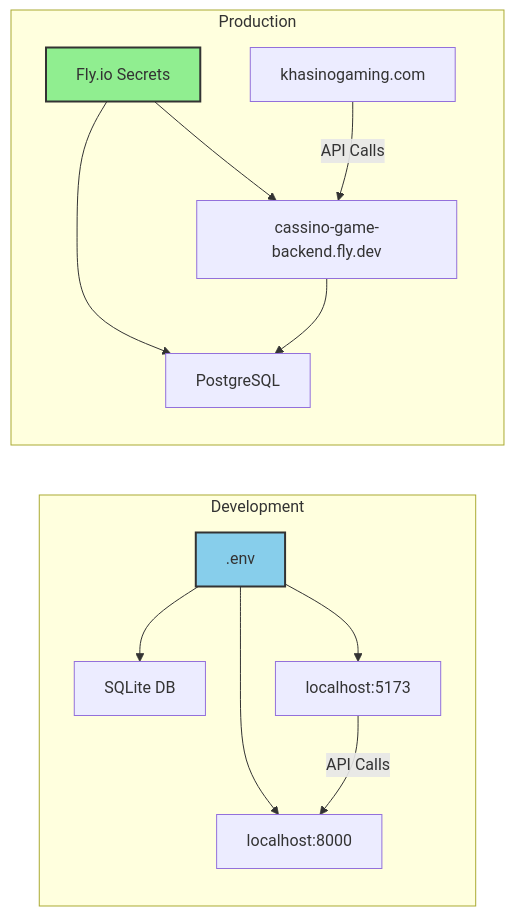
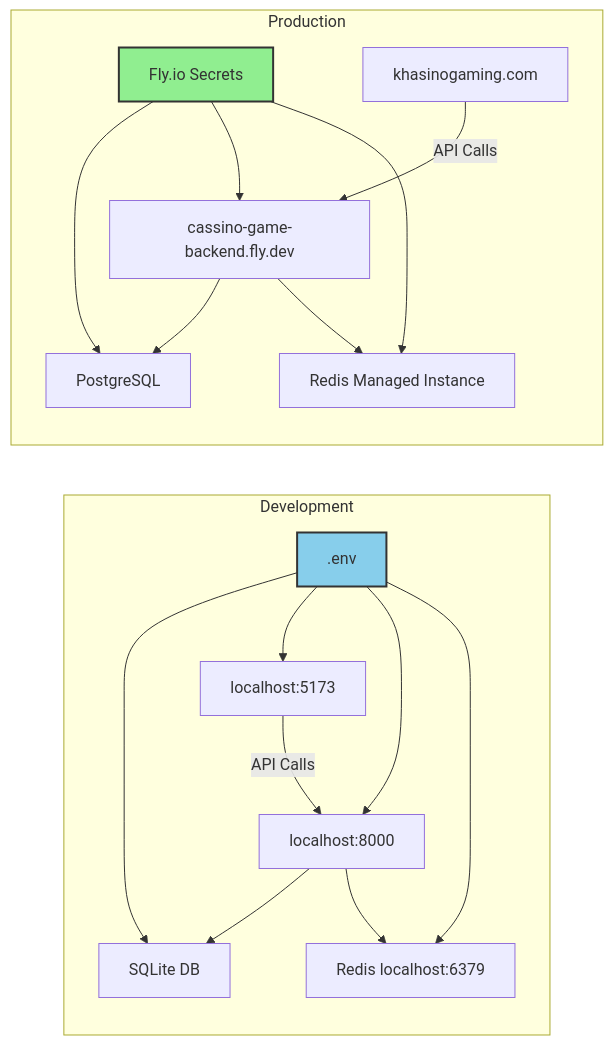
One commit to Malungisa-Mndzebele/cassino-card-game changed diagram 19 of 19 in .kiro/specs/complete-app-documentation/ARCHITECTURE_DIAGRAMS.md. Above: the diagram before and after it, drawn with Mermaid. The commit also changed other lines of this file and 198 other files, not shown here.

````diff
--- a/.kiro/specs/complete-app-documentation/ARCHITECTURE_DIAGRAMS.md
+++ b/.kiro/specs/complete-app-documentation/ARCHITECTURE_DIAGRAMS.md
@@ -625,29 +755,36 @@
 ```mermaid
 graph LR
     subgraph Development
         D1[.env]
         D2[SQLite DB]
         D3[localhost:5173]
         D4[localhost:8000]
+        D5[Redis localhost:6379]
     end
     
     subgraph Production
         P1[Fly.io Secrets]
         P2[PostgreSQL]
         P3[khasinogaming.com]
         P4[cassino-game-backend.fly.dev]
+        P5[Redis Managed Instance]
     end
     
     D1 --> D2
     D1 --> D3
     D1 --> D4
+    D1 --> D5
     D3 -->|API Calls| D4
+    D4 --> D2
+    D4 --> D5
     
     P1 --> P2
     P1 --> P4
+    P1 --> P5
     P3 -->|API Calls| P4
     P4 --> P2
+    P4 --> P5
     
     style D1 fill:#87CEEB,stroke:#333,stroke-width:2px
     style P1 fill:#90EE90,stroke:#333,stroke-width:2px
 ```
````
